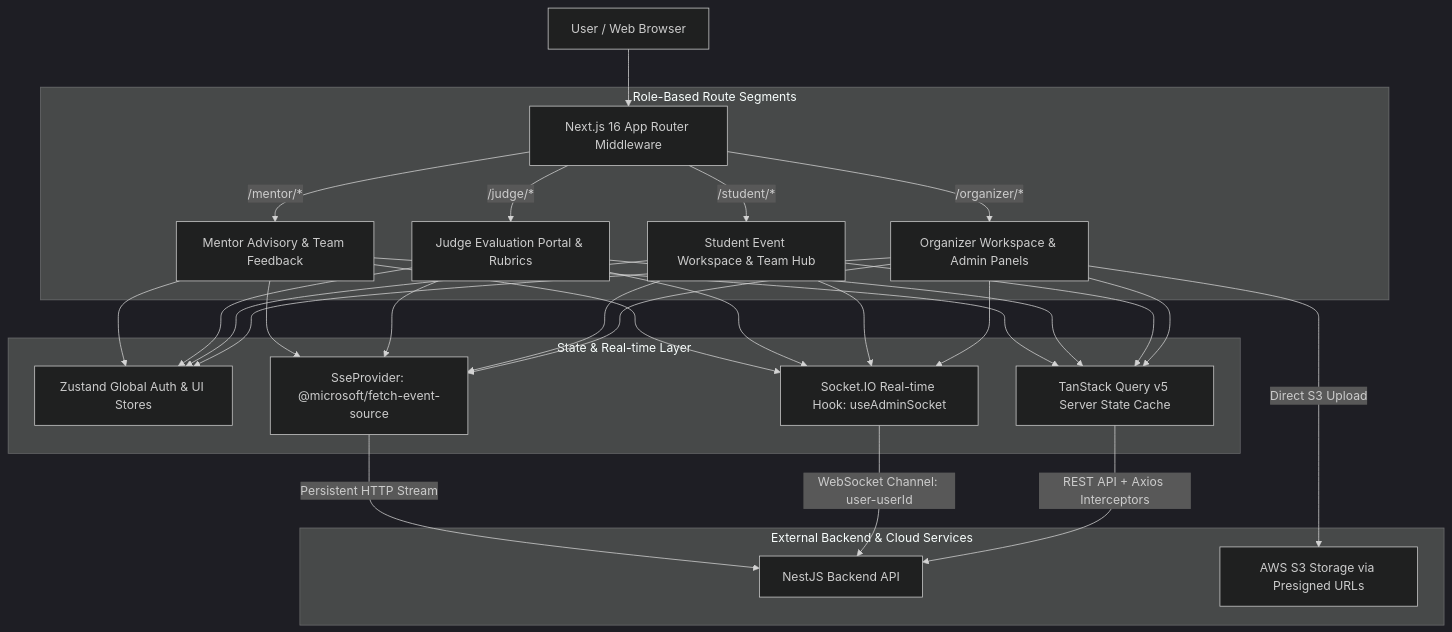
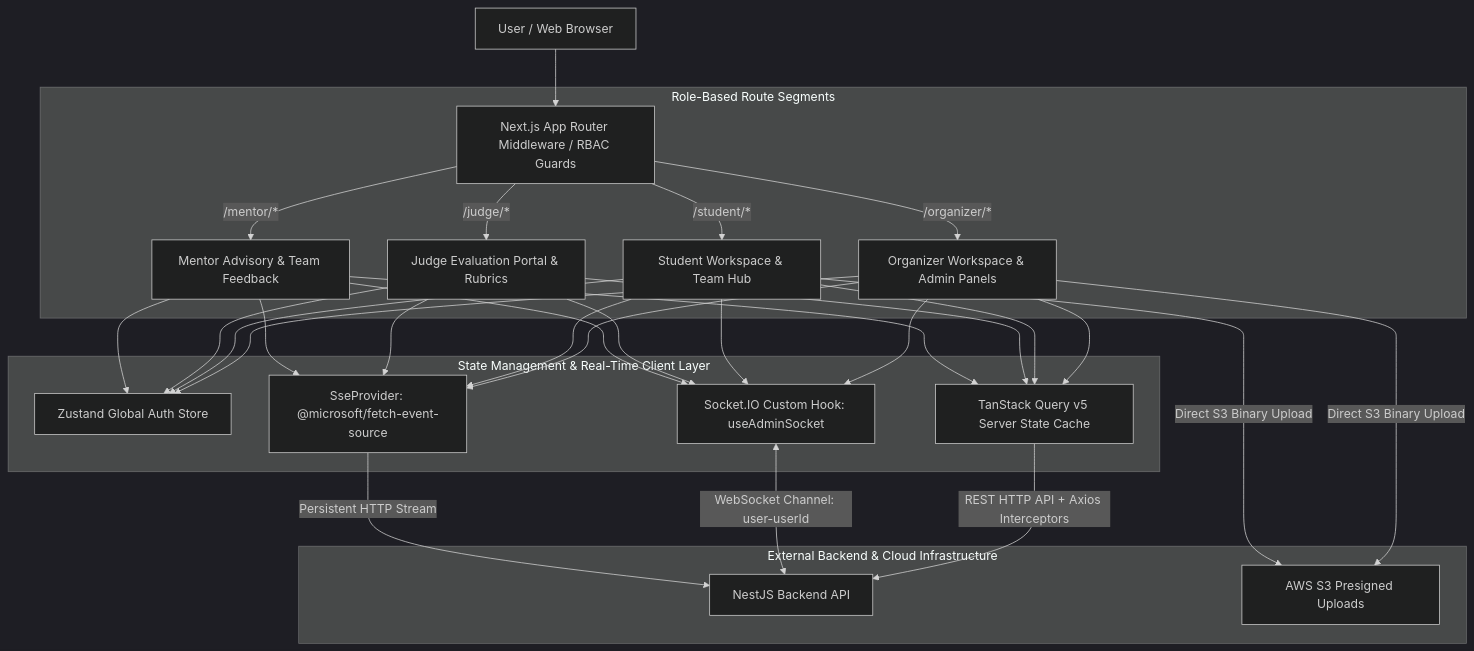
The diagram in FE/README.md (SEAL-WDP301/SEAL-WDP301-monorepo), drawn with Mermaid (dark theme) before and after one commit. The commit also changed other lines of this file and 2 other files, not shown here.

````diff
--- a/FE/README.md
+++ b/FE/README.md
@@ -31,25 +31,25 @@
 ```mermaid
 graph TD
-    User[User / Web Browser] --> Router[Next.js 16 App Router Middleware]
+    User[User / Web Browser] --> Middleware[Next.js App Router Middleware / RBAC Guards]
     
     subgraph "Role-Based Route Segments"
-        Router -->|/organizer/*| OrganizerSpace[Organizer Workspace & Admin Panels]
-        Router -->|/student/*| StudentSpace[Student Event Workspace & Team Hub]
-        Router -->|/judge/*| JudgeSpace[Judge Evaluation Portal & Rubrics]
-        Router -->|/mentor/*| MentorSpace[Mentor Advisory & Team Feedback]
+        Middleware -->|/organizer/*| OrganizerSpace[Organizer Workspace & Admin Panels]
+        Middleware -->|/student/*| StudentSpace[Student Workspace & Team Hub]
+        Middleware -->|/judge/*| JudgeSpace[Judge Evaluation Portal & Rubrics]
+        Middleware -->|/mentor/*| MentorSpace[Mentor Advisory & Team Feedback]
     end
 
-    subgraph "State & Real-time Layer"
-        OrganizerSpace & StudentSpace & JudgeSpace & MentorSpace --> ZustandStore[Zustand Global Auth & UI Stores]
+    subgraph "State Management & Real-Time Client Layer"
+        OrganizerSpace & StudentSpace & JudgeSpace & MentorSpace --> ZustandStore[Zustand Global Auth Store]
         OrganizerSpace & StudentSpace & JudgeSpace & MentorSpace --> QueryClient[TanStack Query v5 Server State Cache]
-        OrganizerSpace & StudentSpace & JudgeSpace & MentorSpace --> SocketClient[Socket.IO Real-time Hook: useAdminSocket]
+        OrganizerSpace & StudentSpace & JudgeSpace & MentorSpace --> SocketHook[Socket.IO Custom Hook: useAdminSocket]
         OrganizerSpace & StudentSpace & JudgeSpace & MentorSpace --> SSEClient[SseProvider: @microsoft/fetch-event-source]
     end
 
-    subgraph "External Backend & Cloud Services"
-        QueryClient -->|REST API + Axios Interceptors| BE[NestJS Backend API]
-        SocketClient -->|WebSocket Channel: user-userId| BE
+    subgraph "External Backend & Cloud Infrastructure"
+        QueryClient -->|REST HTTP API + Axios Interceptors| BE[NestJS Backend API]
+        SocketHook <-->|WebSocket Channel: user-userId| BE
         SSEClient -->|Persistent HTTP Stream| BE
-        OrganizerSpace -->|Direct S3 Upload| S3[AWS S3 Storage via Presigned URLs]
+        OrganizerSpace & StudentSpace -->|Direct S3 Binary Upload| S3[AWS S3 Presigned Uploads]
     end
 ```
````
